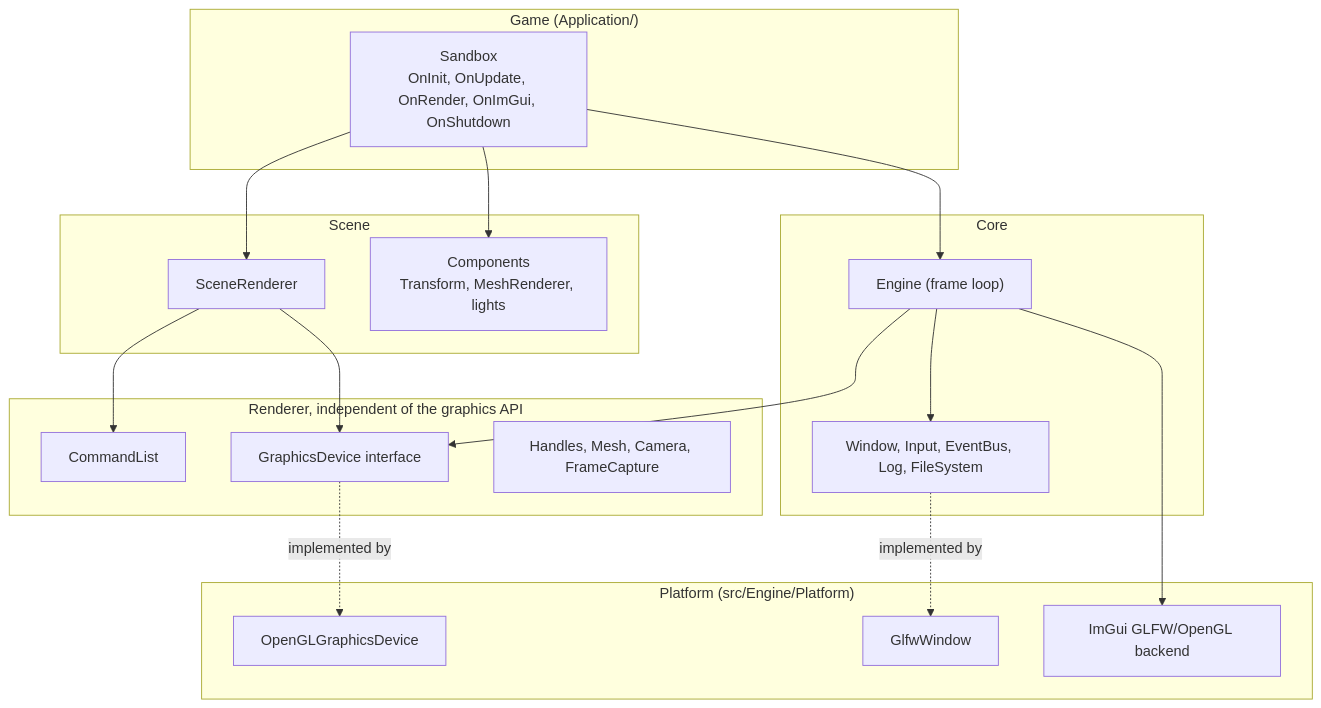
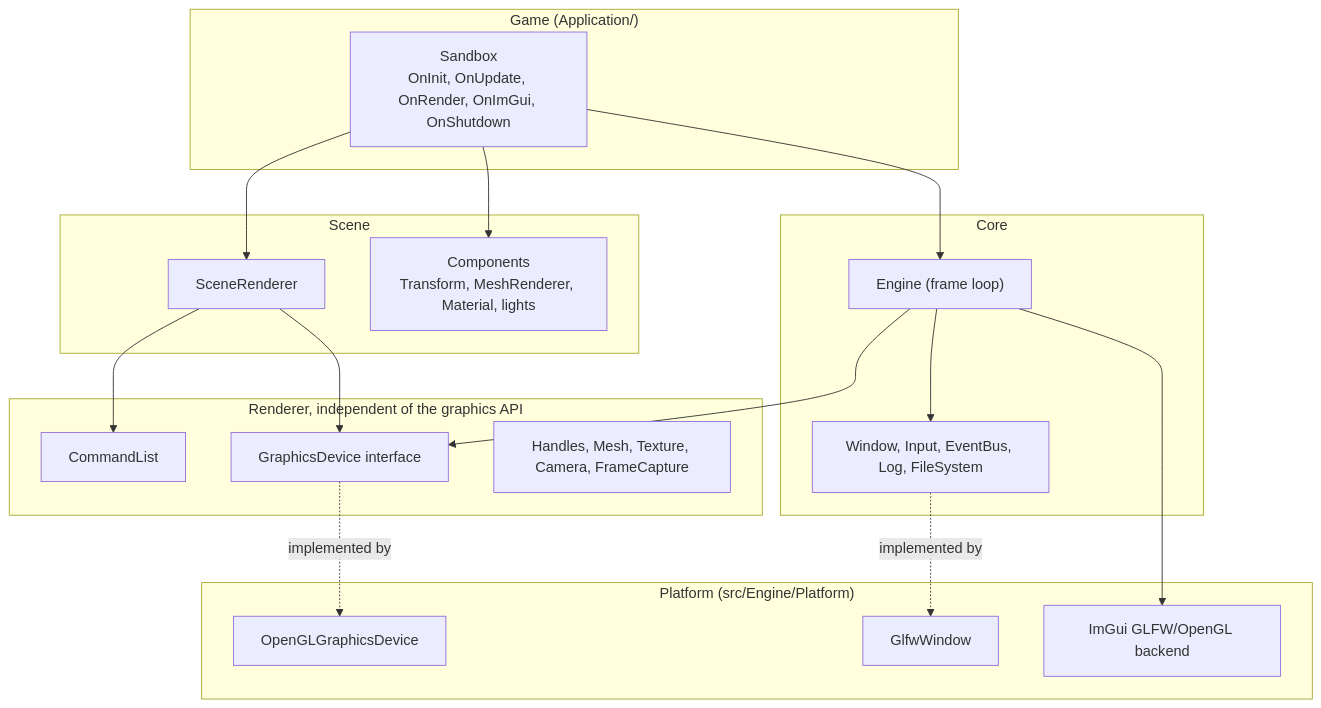
One commit to Samshiba/game-engine-foundations changed the first of 2 diagrams in docs/architecture.md. Above: the diagram before and after it, drawn with Mermaid. The commit also changed other lines of this file and 2 other files, not shown here.

````diff
--- a/docs/architecture.md
+++ b/docs/architecture.md
@@ -33,39 +34,39 @@
 ```mermaid
 flowchart TB
     subgraph APP["Game (Application/)"]
         GAME["Sandbox<br/>OnInit, OnUpdate, OnRender, OnImGui, OnShutdown"]
     end
 
     subgraph SCENE["Scene"]
         SR["SceneRenderer"]
-        COMP["Components<br/>Transform, MeshRenderer, lights"]
+        COMP["Components<br/>Transform, MeshRenderer, Material, lights"]
     end
 
     subgraph RENDERER["Renderer, independent of the graphics API"]
         CMD["CommandList"]
         DEV["GraphicsDevice interface"]
-        MISC["Handles, Mesh, Camera, FrameCapture"]
+        MISC["Handles, Mesh, Texture, Camera, FrameCapture"]
     end
 
     subgraph CORE["Core"]
         ENG["Engine (frame loop)"]
         SVC["Window, Input, EventBus, Log, FileSystem"]
     end
 
     subgraph PLATFORM["Platform (src/Engine/Platform)"]
         GL["OpenGLGraphicsDevice"]
         WIN["GlfwWindow"]
         GUI["ImGui GLFW/OpenGL backend"]
     end
 
     GAME --> SR
     GAME --> COMP
     GAME --> ENG
     SR --> CMD
     SR --> DEV
     ENG --> SVC
     ENG --> DEV
     DEV -. implemented by .-> GL
     SVC -. implemented by .-> WIN
     ENG --> GUI
 ```
````
